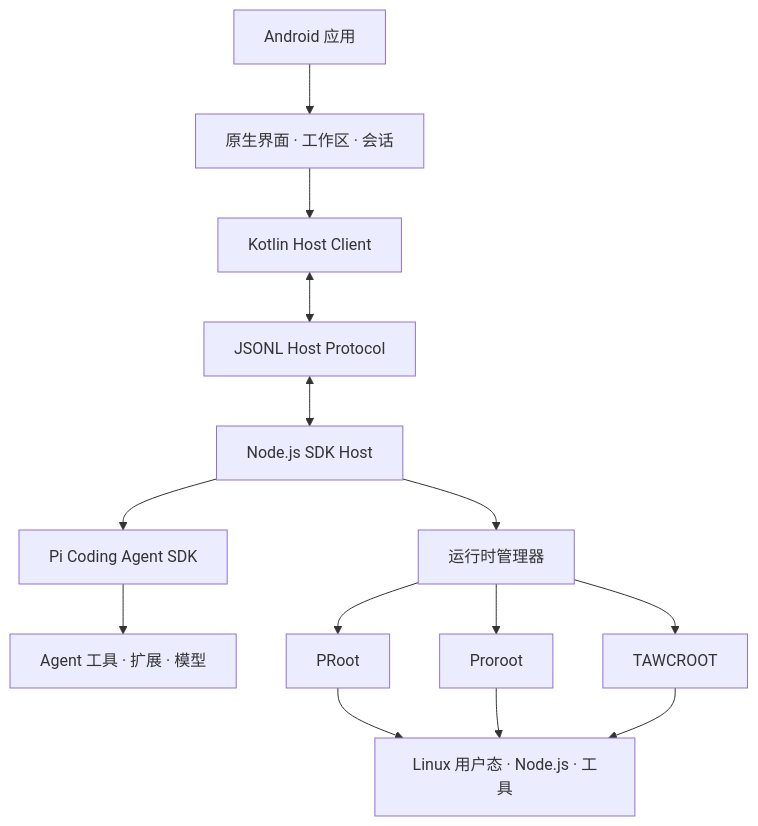
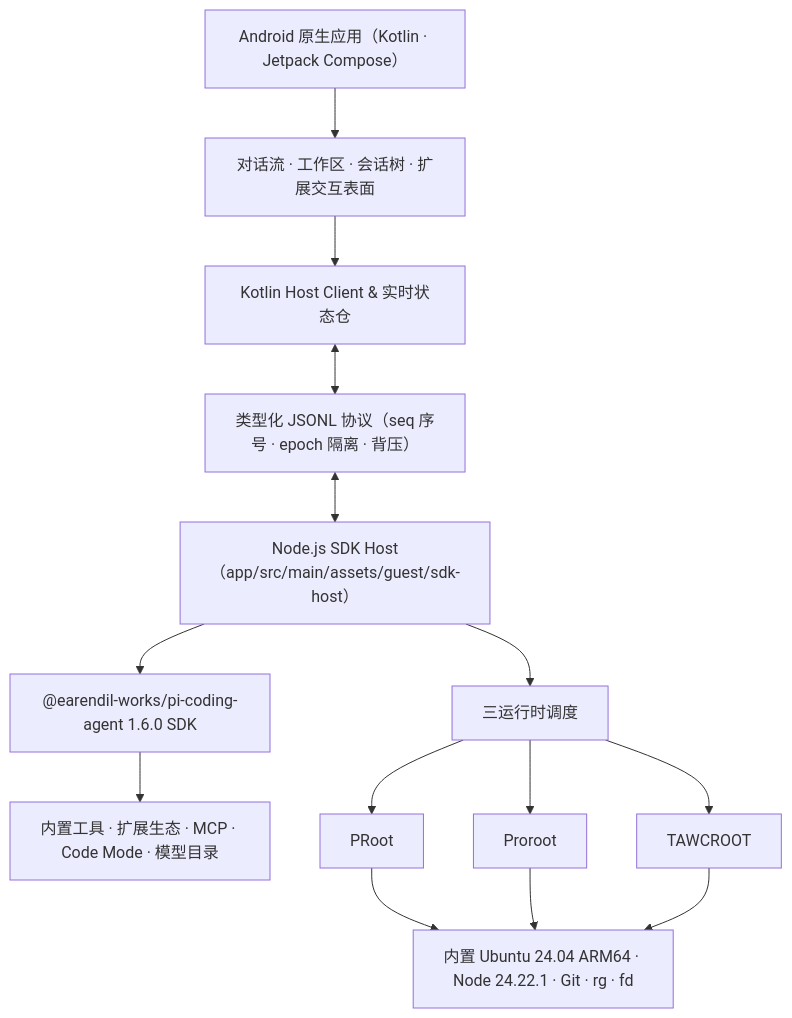
The diagram in README.zh-CN.md (heikeyangle-code/pi-android), drawn with Mermaid before and after one commit. The commit also changed other lines of this file and 2 other files, not shown here.

````diff
--- a/README.zh-CN.md
+++ b/README.zh-CN.md
@@ -186,30 +121,30 @@
 ```mermaid
 flowchart TB
-    A["Android 应用"]
-    B["原生界面 · 工作区 · 会话"]
-    C["Kotlin Host Client"]
-    D["JSONL Host Protocol"]
-    E["Node.js SDK Host"]
-    F["Pi Coding Agent SDK"]
-    G["Agent 工具 · 扩展 · 模型"]
+    A["Android 原生应用（Kotlin · Jetpack Compose）"]
+    B["对话流 · 工作区 · 会话树 · 扩展交互表面"]
+    C["Kotlin Host Client & 实时状态仓"]
+    D["类型化 JSONL 协议（seq 序号 · epoch 隔离 · 背压）"]
+    E["Node.js SDK Host（app/src/main/assets/guest/sdk-host）"]
+    F["@earendil-works/pi-coding-agent 1.6.0 SDK"]
+    G["内置工具 · 扩展生态 · MCP · Code Mode · 模型目录"]
 
-    H["运行时管理器"]
+    H["三运行时调度"]
     I["PRoot"]
     J["Proroot"]
     K["TAWCROOT"]
-    L["Linux 用户态 · Node.js · 工具"]
+    L["内置 Ubuntu 24.04 ARM64 · Node 24.22.1 · Git · rg · fd"]
 
     A --> B
     B --> C
     C <--> D
     D <--> E
     E --> F
     F --> G
     E --> H
     H --> I
     H --> J
     H --> K
     I --> L
     J --> L
     K --> L
 ```
````
